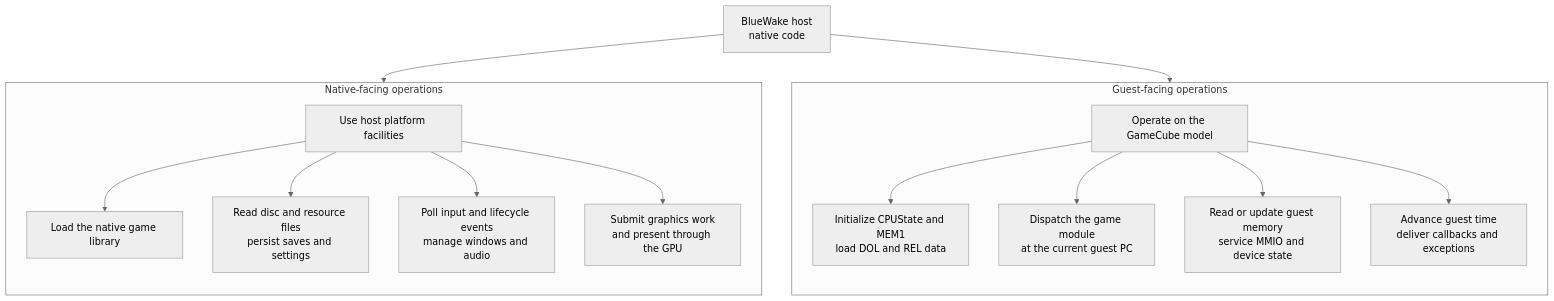
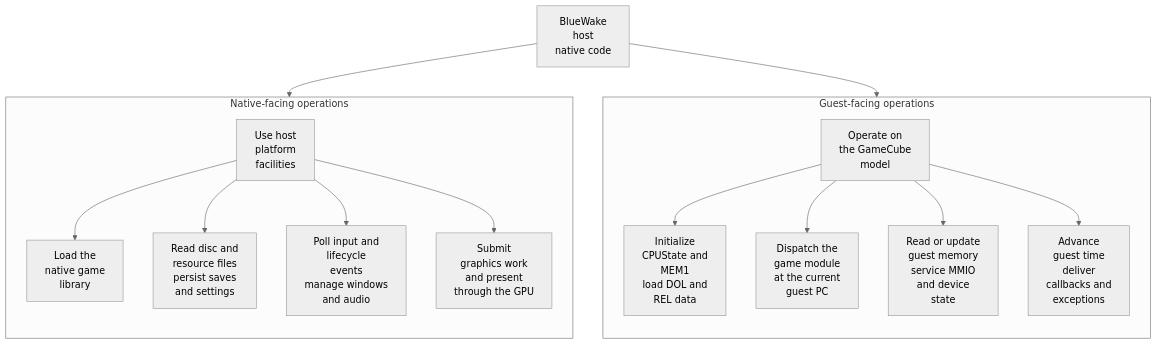
One commit to Aelbannan/boat_of_daphnes changed the second of 5 diagrams in docs/architecture/runtime/GuestState.md. Above: the diagram before and after it, drawn with Mermaid (neutral theme). The commit also changed other lines of this file, not shown here.

Commit message:
docs: wrap all guest-state diagram labels

````diff
--- a/docs/architecture/runtime/GuestState.md
+++ b/docs/architecture/runtime/GuestState.md
@@ -105,33 +149,66 @@
 ```mermaid
 flowchart TD
-    Host["BlueWake host<br/>native code"]
+    Host["`BlueWake
+host
+native code`"]
 
     subgraph Guest["Guest-facing operations"]
         direction TB
-        GuestWork["Operate on the GameCube model"]
-        Initialize["Initialize CPUState and MEM1<br/>load DOL and REL data"]
-        Dispatch["Dispatch the game module<br/>at the current guest PC"]
-        Service["Read or update guest memory<br/>service MMIO and device state"]
-        Events["Advance guest time<br/>deliver callbacks and exceptions"]
+        GuestWork["`Operate on
+the GameCube
+model`"]
+        Initialize["`Initialize
+CPUState and
+MEM1
+load DOL and
+REL data`"]
+        Dispatch["`Dispatch the
+game module
+at the current
+guest PC`"]
+        Service["`Read or update
+guest memory
+service MMIO
+and device
+state`"]
+        Events["`Advance
+guest time
+deliver
+callbacks and
+exceptions`"]
         GuestWork --> Initialize
         GuestWork --> Dispatch
         GuestWork --> Service
         GuestWork --> Events
     end
 
     subgraph Native["Native-facing operations"]
         direction TB
-        NativeWork["Use host platform facilities"]
-        Module["Load the native game library"]
-        Files["Read disc and resource files<br/>persist saves and settings"]
-        Platform["Poll input and lifecycle events<br/>manage windows and audio"]
-        Graphics["Submit graphics work<br/>and present through the GPU"]
+        NativeWork["`Use host
+platform
+facilities`"]
+        Module["`Load the
+native game
+library`"]
+        Files["`Read disc and
+resource files
+persist saves
+and settings`"]
+        Platform["`Poll input and
+lifecycle
+events
+manage windows
+and audio`"]
+        Graphics["`Submit
+graphics work
+and present
+through the GPU`"]
         NativeWork --> Module
         NativeWork --> Files
         NativeWork --> Platform
         NativeWork --> Graphics
     end
 
     Host --> GuestWork
     Host --> NativeWork
 ```
````
